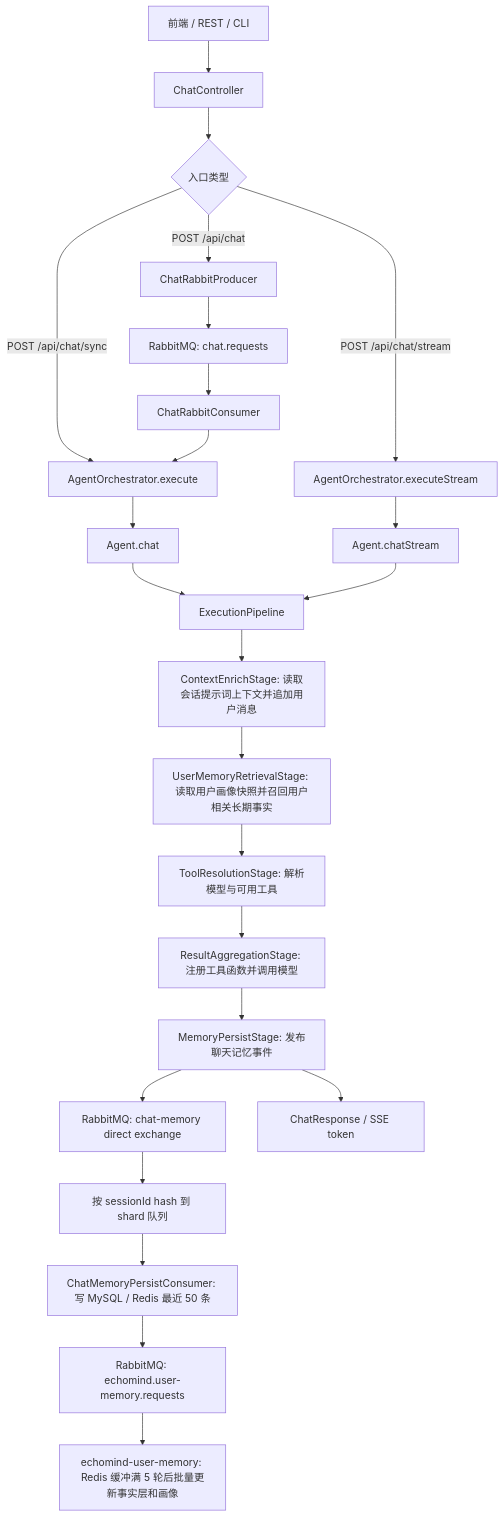
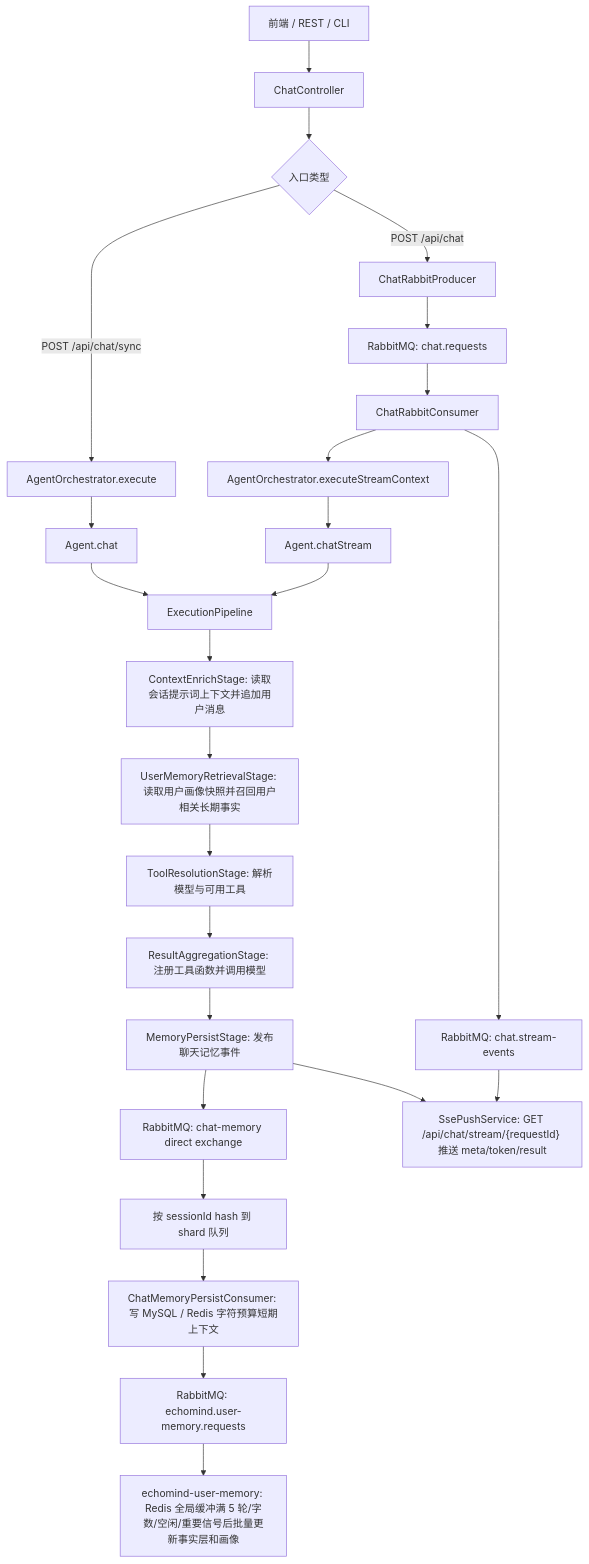
Before and after one commit to kaiyue-ai/EchoMind: the second of 4 diagrams in README.md, drawn with Mermaid. The commit also changed other lines of this file and 331 other files, not shown here.

````diff
--- a/README.md
+++ b/README.md
@@ -73,26 +109,27 @@
 ```mermaid
 flowchart TD
     A["前端 / REST / CLI"] --> B["ChatController"]
     B --> C{"入口类型"}
     C -->|"POST /api/chat/sync"| D["AgentOrchestrator.execute"]
     C -->|"POST /api/chat"| E["ChatRabbitProducer"]
     E --> F["RabbitMQ: chat.requests"]
     F --> G["ChatRabbitConsumer"]
-    G --> D
-    C -->|"POST /api/chat/stream"| H["AgentOrchestrator.executeStream"]
+    G --> H["AgentOrchestrator.executeStreamContext"]
     D --> I["Agent.chat"]
     H --> J["Agent.chatStream"]
     I --> K["ExecutionPipeline"]
     J --> K
     K --> L["ContextEnrichStage: 读取会话提示词上下文并追加用户消息"]
     L --> U["UserMemoryRetrievalStage: 读取用户画像快照并召回用户相关长期事实"]
     U --> M["ToolResolutionStage: 解析模型与可用工具"]
     M --> O["ResultAggregationStage: 注册工具函数并调用模型"]
     O --> P["MemoryPersistStage: 发布聊天记忆事件"]
     P --> V["RabbitMQ: chat-memory direct exchange"]
     V --> W["按 sessionId hash 到 shard 队列"]
-    W --> X["ChatMemoryPersistConsumer: 写 MySQL / Redis 最近 50 条"]
+    W --> X["ChatMemoryPersistConsumer: 写 MySQL / Redis 字符预算短期上下文"]
     X --> R["RabbitMQ: echomind.user-memory.requests"]
-    R --> S["echomind-user-memory: Redis 缓冲满 5 轮后批量更新事实层和画像"]
-    P --> Q["ChatResponse / SSE token"]
+    R --> S["echomind-user-memory: Redis 全局缓冲满 5 轮/字数/空闲/重要信号后批量更新事实层和画像"]
+    G --> T["RabbitMQ: chat.stream-events"]
+    T --> Q["SsePushService: GET /api/chat/stream/{requestId} 推送 meta/token/result"]
+    P --> Q
 ```
````
